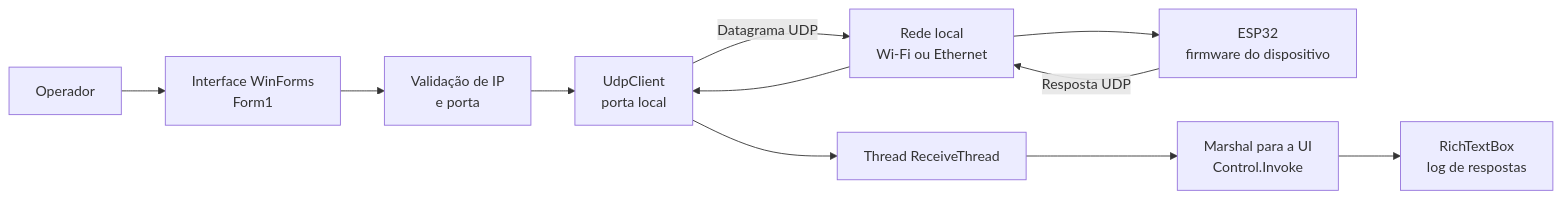
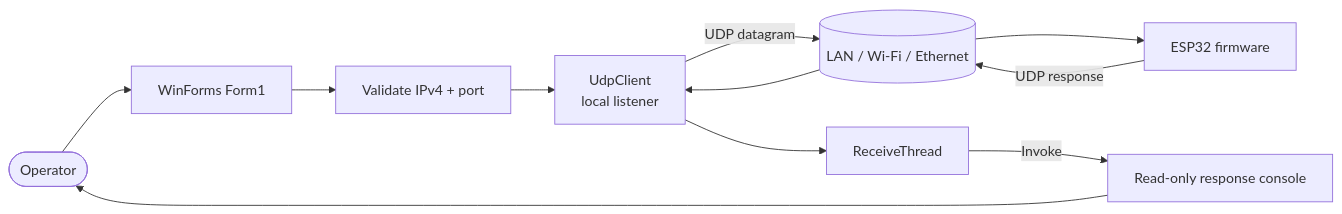
The first of 2 diagrams in README.md (paulocfmarques-collab/esp32-Comm), drawn with Mermaid before and after one commit. The commit also changed other lines of this file, not shown here.

Commit message:
docs: professionally redesign README with architecture and data-flow diagrams

````diff
--- a/README.md
+++ b/README.md
@@ -65,13 +62,13 @@
 ```mermaid
 flowchart LR
-    U[Operador] --> UI[Interface WinForms\nForm1]
-    UI --> V[Validação de IP\ne porta]
-    V --> S[UdpClient\nporta local]
-    S -->|Datagrama UDP| N[Rede local\nWi-Fi ou Ethernet]
-    N --> D[ESP32\nfirmware do dispositivo]
-    D -->|Resposta UDP| N
-    N --> S
-    S --> R[Thread ReceiveThread]
-    R --> M[Marshal para a UI\nControl.Invoke]
-    M --> L[RichTextBox\nlog de respostas]
+    Operator([Operator]) --> Form[WinForms Form1]
+    Form --> Validate[Validate IPv4 + port]
+    Validate --> Socket[UdpClient<br/>local listener]
+    Socket -->|UDP datagram| Network[(LAN / Wi-Fi / Ethernet)]
+    Network --> Device[ESP32 firmware]
+    Device -->|UDP response| Network
+    Network --> Socket
+    Socket --> Receiver[ReceiveThread]
+    Receiver -->|Invoke| Console[Read-only response console]
+    Console --> Operator
 ```
````
